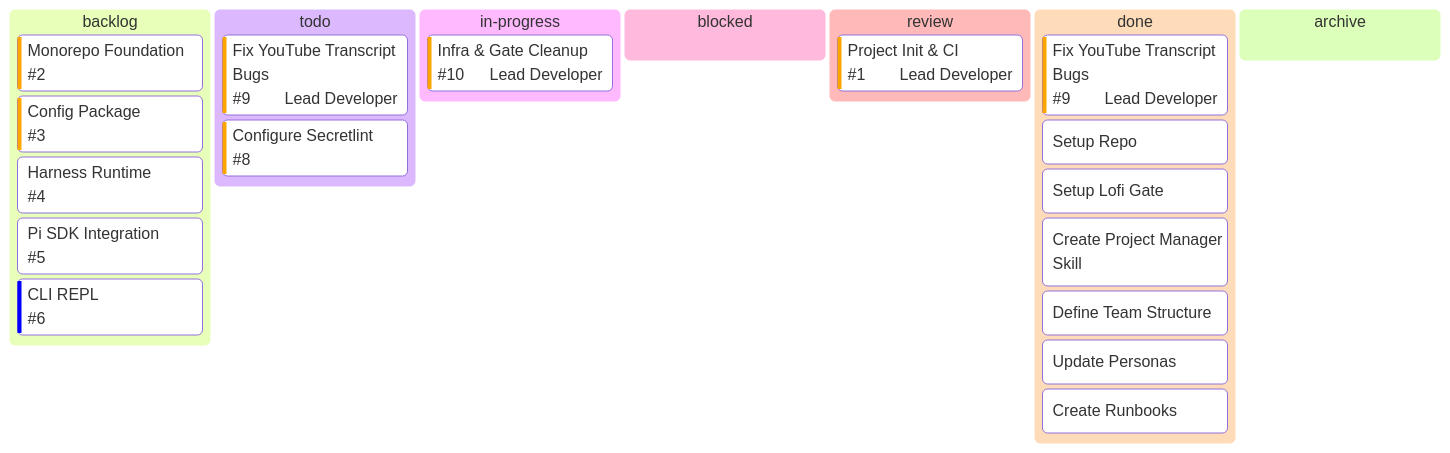
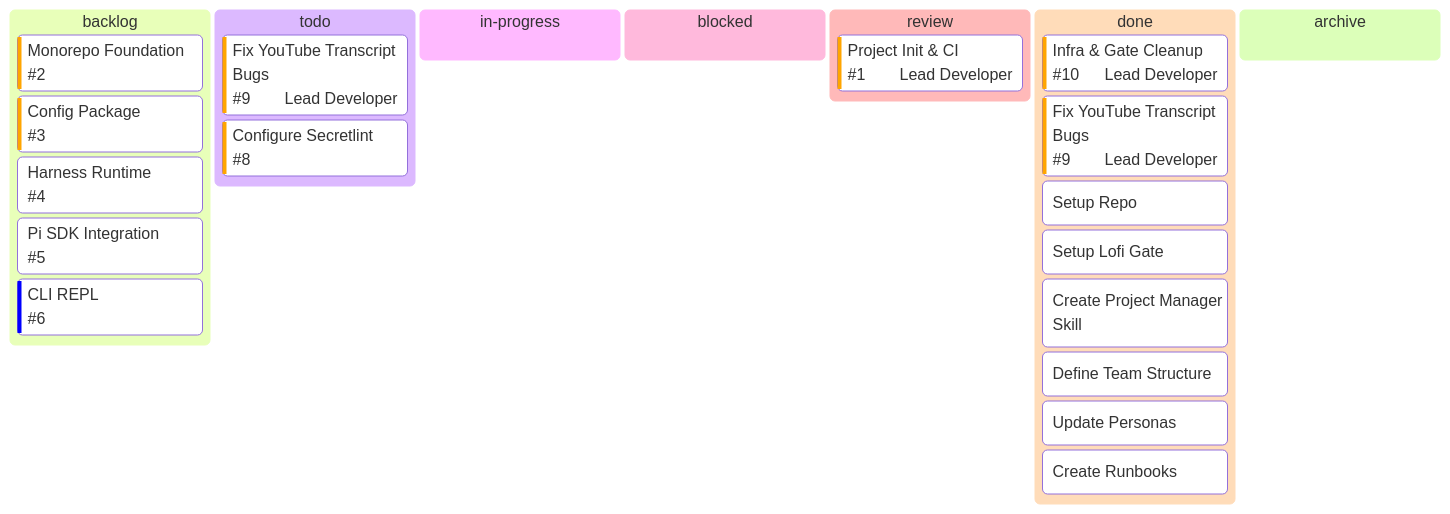
Before and after one commit to LoFi-Monk/lofipulse: the diagram in .agent/kanban-lofipulse.md, drawn with Mermaid. The commit also changed other lines of this file and 7 other files, not shown here.

````diff
--- a/.agent/kanban-lofipulse.md
+++ b/.agent/kanban-lofipulse.md
@@ -9,26 +9,26 @@
 ```mermaid
 kanban
   backlog
     [Monorepo Foundation]@{ ticket: '#2', priority: 'High' }
     [Config Package]@{ ticket: '#3', priority: 'High' }
     [Harness Runtime]@{ ticket: '#4', priority: 'Med' }
     [Pi SDK Integration]@{ ticket: '#5', priority: 'Med' }
     [CLI REPL]@{ ticket: '#6', priority: 'Low' }
   todo
     [Fix YouTube Transcript Bugs]@{ ticket: '#9', assigned: 'Lead Developer', priority: 'High' }
     [Configure Secretlint]@{ ticket: '#8', priority: 'High' }
   in-progress
-    [Infra & Gate Cleanup]@{ ticket: '#10', assigned: 'Lead Developer', priority: 'High' }
   blocked
   review
     [Project Init & CI]@{ ticket: '#1', assigned: 'Lead Developer', priority: 'High' }
   done
+    [Infra & Gate Cleanup]@{ ticket: '#10', assigned: 'Lead Developer', priority: 'High' }
     [Fix YouTube Transcript Bugs]@{ ticket: '#9', assigned: 'Lead Developer', priority: 'High' }
     [Setup Repo]
     [Setup Lofi Gate]
     [Create Project Manager Skill]
     [Define Team Structure]
     [Update Personas]
     [Create Runbooks]
   archive
 ```
````
